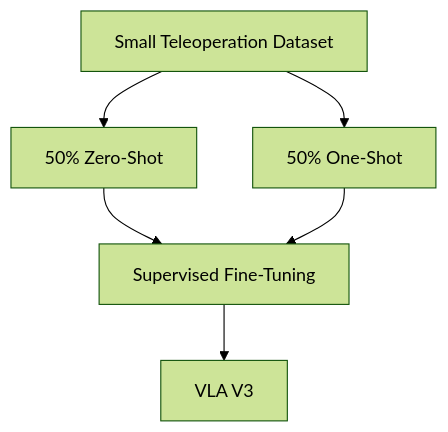
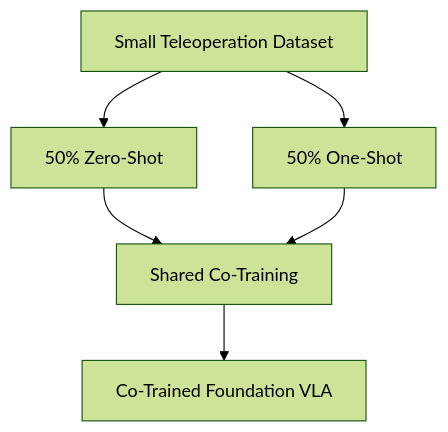
The seventh of 17 diagrams in docs/specs/post-demo/lunch_robotics.md (Freelunch-AI/freelunch-ide), drawn with Mermaid (forest theme) before and after one commit. The commit also changed other lines of this file, not shown here.

First line of the commit message:
Enhance Foundation Model Data Funnel explanation

````diff
--- a/docs/specs/post-demo/lunch_robotics.md
+++ b/docs/specs/post-demo/lunch_robotics.md
@@ -244,12 +486,12 @@
 ```mermaid
 flowchart TD
     A["Small Teleoperation Dataset"]
     --> B["50% Zero-Shot"]
 
     A --> C["50% One-Shot"]
 
-    B --> D["Supervised Fine-Tuning"]
+    B --> D["Shared Co-Training"]
     C --> D
 
-    D --> E["VLA V3"]
+    D --> E["Co-Trained Foundation VLA"]
 ```
````
